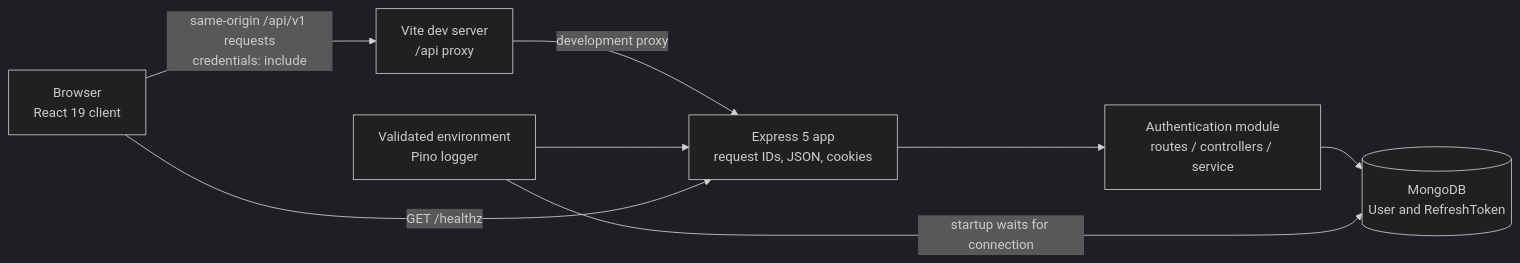
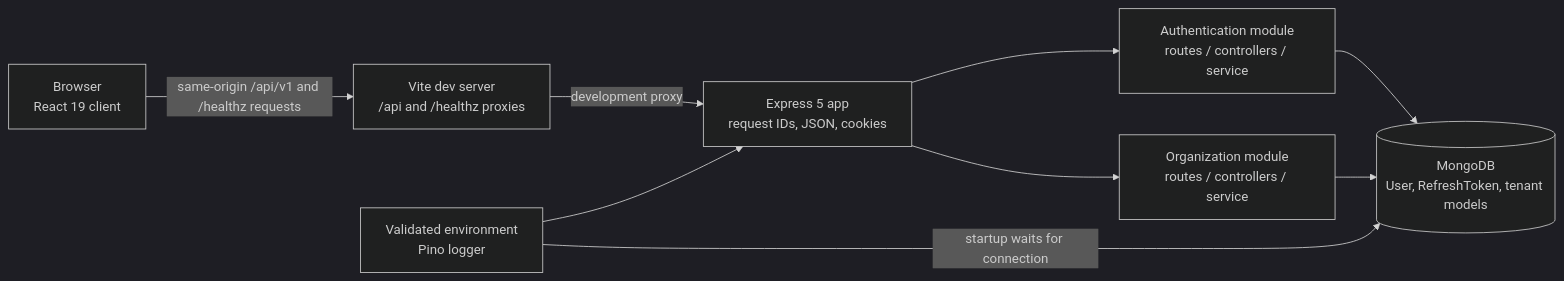
Before and after one commit to bikendra77/ResolveHQ: the first of 2 diagrams in docs/architecture.md, drawn with Mermaid (dark theme). The commit also changed other lines of this file and 45 other files, not shown here.

````diff
--- a/docs/architecture.md
+++ b/docs/architecture.md
@@ -10,17 +15,19 @@
 ```mermaid
 flowchart LR
   Browser["Browser\nReact 19 client"]
-  Vite["Vite dev server\n/api proxy"]
+  Vite["Vite dev server\n/api and /healthz proxies"]
   API["Express 5 app\nrequest IDs, JSON, cookies"]
   Auth["Authentication module\nroutes / controllers / service"]
-  Mongo[("MongoDB\nUser and RefreshToken")]
+  Org["Organization module\nroutes / controllers / service"]
+  Mongo[("MongoDB\nUser, RefreshToken, tenant models")]
   Config["Validated environment\nPino logger"]
 
-  Browser -->|"same-origin /api/v1 requests\ncredentials: include"| Vite
+  Browser -->|"same-origin /api/v1 and /healthz requests"| Vite
   Vite -->|"development proxy"| API
   API --> Auth
+  API --> Org
   Auth --> Mongo
+  Org --> Mongo
   Config --> API
   Config -->|"startup waits for connection"| Mongo
-  Browser -->|"GET /healthz"| API
 ```
````
